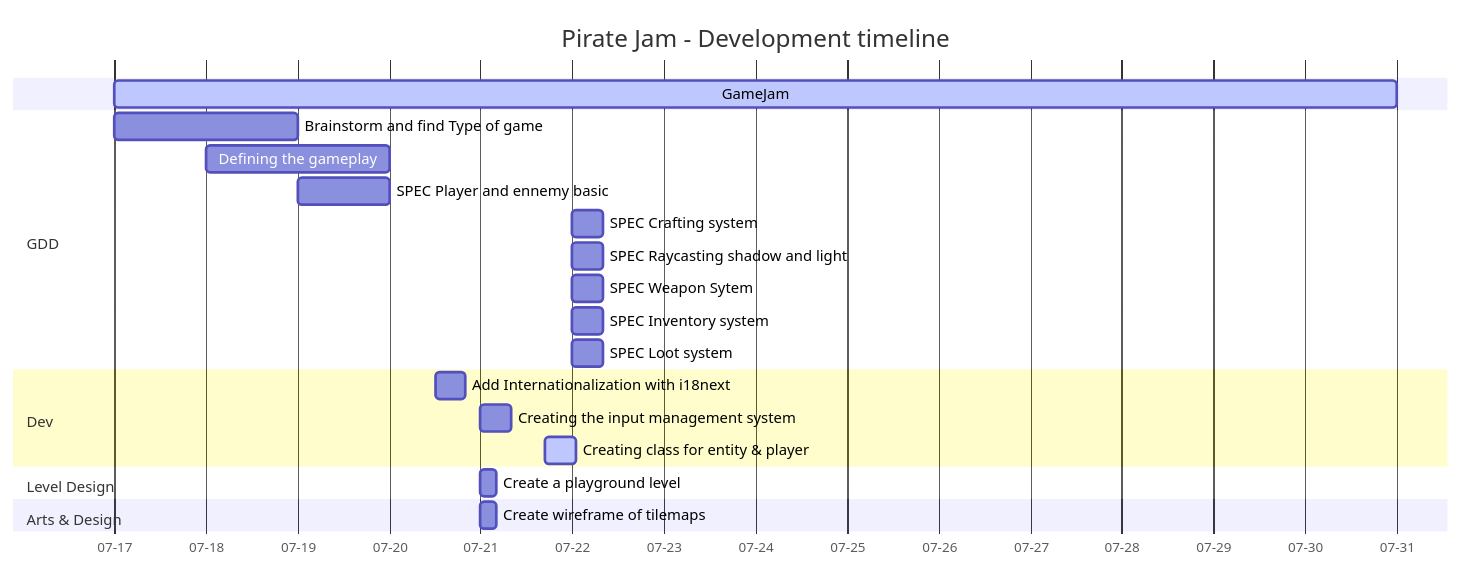
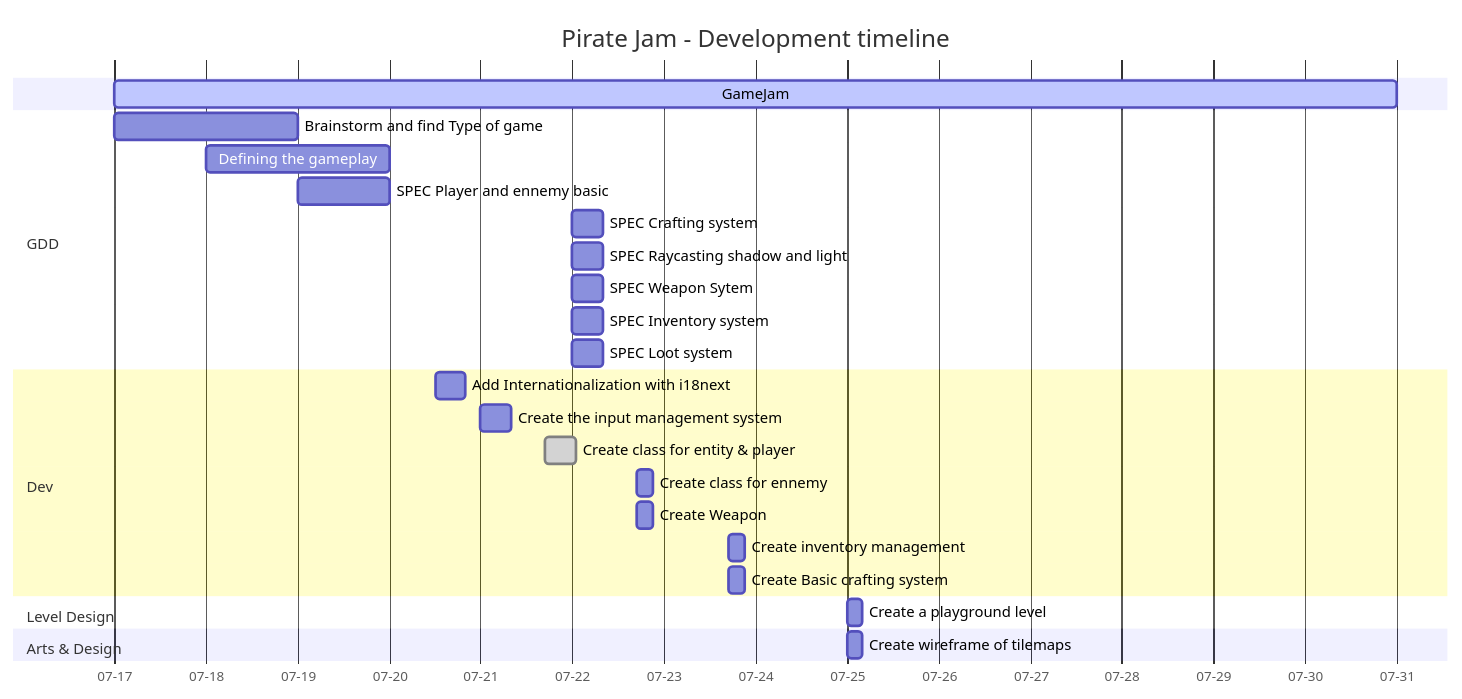
One commit to platypus-production/Pirate-GJ-15 changed the second of 4 diagrams in docs/Pirate Jam/Game Design Document.md. Above: the diagram before and after it, drawn with Mermaid. The commit also changed other lines of this file, not shown here.

Commit message:
Update GDD

````diff
--- a/docs/Pirate Jam/Game Design Document.md
+++ b/docs/Pirate Jam/Game Design Document.md
@@ -140,33 +140,37 @@
 ```mermaid
 gantt
 title Pirate Jam - Development timeline
 dateFormat YYYY-MM-DD-HH
 axisFormat %m-%d
 GameJam :active, 2024-07-17, 14d
 
 section GDD
 Brainstorm and find Type of game :done GDD0, 2024-07-17, 2d 
 Defining the gameplay :done after GDD1 GDD2, 2024-07-18, 2d
 SPEC Player and ennemy basic :done GDD3, 2024-07-19, 1d
 SPEC Crafting system :crit GDD5, 2024-07-22, 8h
-SPEC Raycasting shadow and light :GDD4, 2024-07-22, 8h
-SPEC Weapon Sytem :GDD6, 2024-07-22, 8h
-SPEC Inventory system :GDD7, 2024-07-22, 8h
-SPEC Loot system :GDD8, 2024-07-22, 8h
+SPEC Raycasting shadow and light :done GDD4, 2024-07-22, 8h
+SPEC Weapon Sytem :done GDD6, 2024-07-22, 8h
+SPEC Inventory system :done GDD7, 2024-07-22, 8h
+SPEC Loot system :done GDD8, 2024-07-22, 8h
 
 section Dev
-Add Internationalization with i18next :crit DEV0, 2024-07-20-12, 8h
-Creating the input management system :after DEV0 DEV1, 2024-07-21, 8h
-Creating class for entity & player :active, 2024-07-21-17, 8h 
+Add Internationalization with i18next :done DEV0, 2024-07-20-12, 8h
+Create the input management system :done after DEV0 DEV1, 2024-07-21, 8h
+Create class for entity & player :done, 2024-07-21-17, 8h 
+Create class for ennemy :,2024-07-22-17, 4h
+Create Weapon :, 2024-07-22-17, 4h
+Create inventory management :, 2024-07-23-17, 4h
+Create Basic crafting system :, 2024-07-23-17, 4h
 
 section Level Design
-Create a playground level :, 2024-07-21, 4h
+Create a playground level :, 2024-07-25, 4h
 
 section Arts & Design
-Create wireframe of tilemaps :, 2024-07-21, 4h
+Create wireframe of tilemaps :, 2024-07-25, 4h
 
 section UX/UI
 
 section Music & Sound
 
 ```
````
